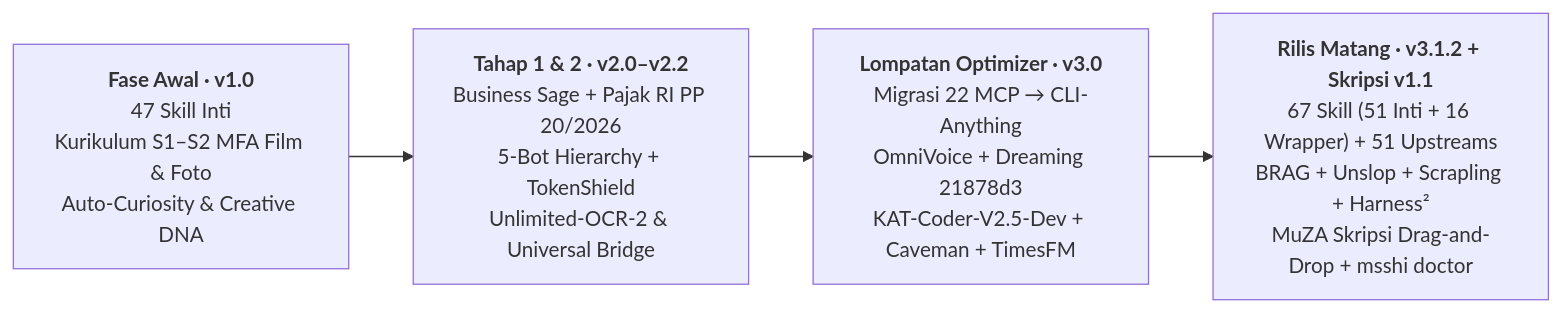
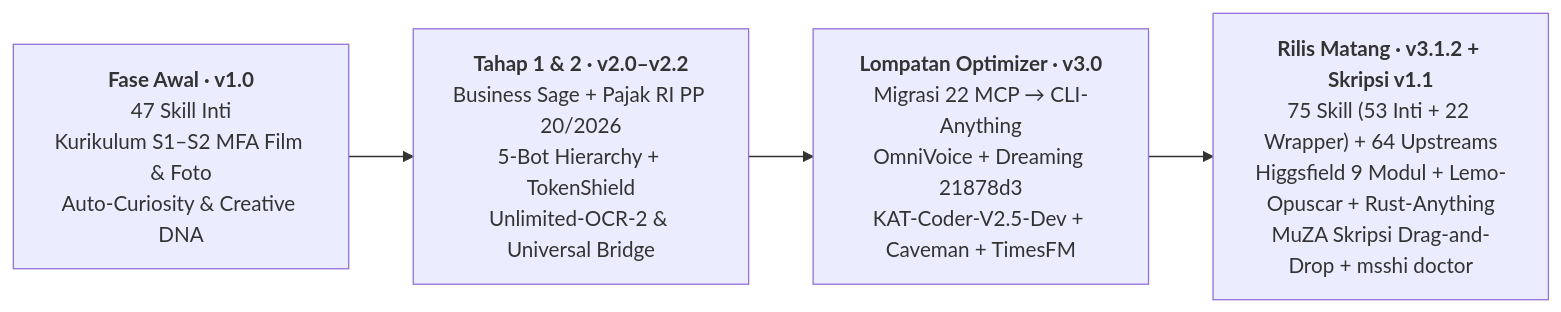
One commit to zidanaisar624/MSSHI-Mega-Semar-Sang-Hyang-Ismaya changed the first of 2 diagrams in README.md. Above: the diagram before and after it, drawn with Mermaid. The commit also changed other lines of this file and 9 other files, not shown here.

````diff
--- a/README.md
+++ b/README.md
@@ -116,6 +159,6 @@
 ```mermaid
 flowchart LR
     V1["<b>Fase Awal · v1.0</b><br/>47 Skill Inti<br/>Kurikulum S1–S2 MFA Film &amp; Foto<br/>Auto-Curiosity &amp; Creative DNA"] --> V2["<b>Tahap 1 &amp; 2 · v2.0–v2.2</b><br/>Business Sage + Pajak RI PP 20/2026<br/>5-Bot Hierarchy + TokenShield<br/>Unlimited-OCR-2 &amp; Universal Bridge"]
     V2 --> V3["<b>Lompatan Optimizer · v3.0</b><br/>Migrasi 22 MCP &rarr; CLI-Anything<br/>OmniVoice + Dreaming 21878d3<br/>KAT-Coder-V2.5-Dev + Caveman + TimesFM"]
-    V3 --> V31["<b>Rilis Matang · v3.1.2 + Skripsi v1.1</b><br/>67 Skill (51 Inti + 16 Wrapper) + 51 Upstreams<br/>BRAG + Unslop + Scrapling + Harness²<br/>MuZA Skripsi Drag-and-Drop + msshi doctor"]
+    V3 --> V31["<b>Rilis Matang · v3.1.2 + Skripsi v1.1</b><br/>75 Skill (53 Inti + 22 Wrapper) + 64 Upstreams<br/>Higgsfield 9 Modul + Lemo-Opuscar + Rust-Anything<br/>MuZA Skripsi Drag-and-Drop + msshi doctor"]
 ```
````
